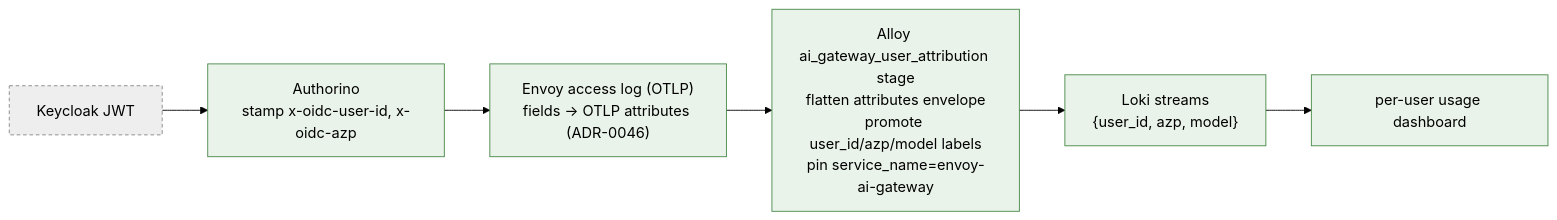
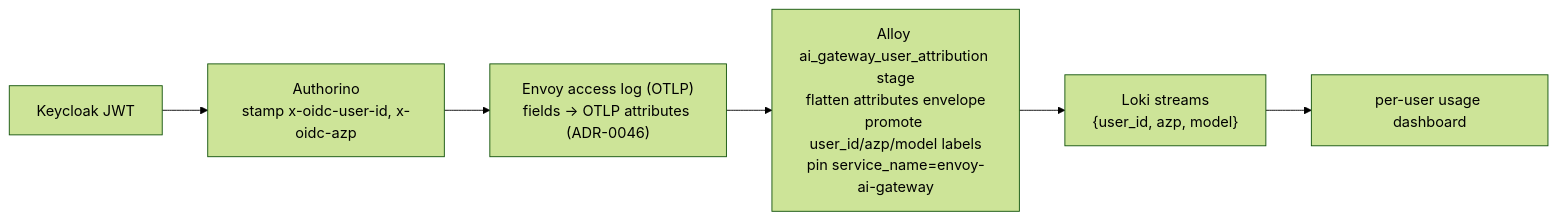
Before and after one commit to ADORSYS-GIS/ai-helm: the second of 4 diagrams in docs/architecture/08-observability.md, drawn with Mermaid (forest theme). The commit also changed other lines of this file and 13 other files, not shown here.

First line of the commit message:
docs(architecture): uncolor all mermaid; refresh CD/components; add diagrams

````diff
--- a/docs/architecture/08-observability.md
+++ b/docs/architecture/08-observability.md
@@ -65,14 +64,12 @@
 ```mermaid
 flowchart LR
-    JWT["Keycloak JWT"]:::ext
-    AUTH["Authorino<br/>stamp x-oidc-user-id, x-oidc-azp"]:::own
-    ENVOY["Envoy access log (OTLP)<br/>fields → OTLP attributes (ADR-0046)"]:::own
-    ALLOY["Alloy ai_gateway_user_attribution stage<br/>flatten attributes envelope<br/>promote user_id/azp/model labels<br/>pin service_name=envoy-ai-gateway"]:::own
-    LOKI["Loki streams<br/>{user_id, azp, model}"]:::own
-    DASH["per-user usage dashboard"]:::own
+    JWT["Keycloak JWT"]
+    AUTH["Authorino<br/>stamp x-oidc-user-id, x-oidc-azp"]
+    ENVOY["Envoy access log (OTLP)<br/>fields → OTLP attributes (ADR-0046)"]
+    ALLOY["Alloy ai_gateway_user_attribution stage<br/>flatten attributes envelope<br/>promote user_id/azp/model labels<br/>pin service_name=envoy-ai-gateway"]
+    LOKI["Loki streams<br/>{user_id, azp, model}"]
+    DASH["per-user usage dashboard"]
 
     JWT --> AUTH --> ENVOY --> ALLOY --> LOKI --> DASH
 
-    classDef own fill:#eaf3ea,stroke:#4a8a4a;
-    classDef ext fill:#eee,stroke:#888,stroke-dasharray:4 3;
 ```
````
